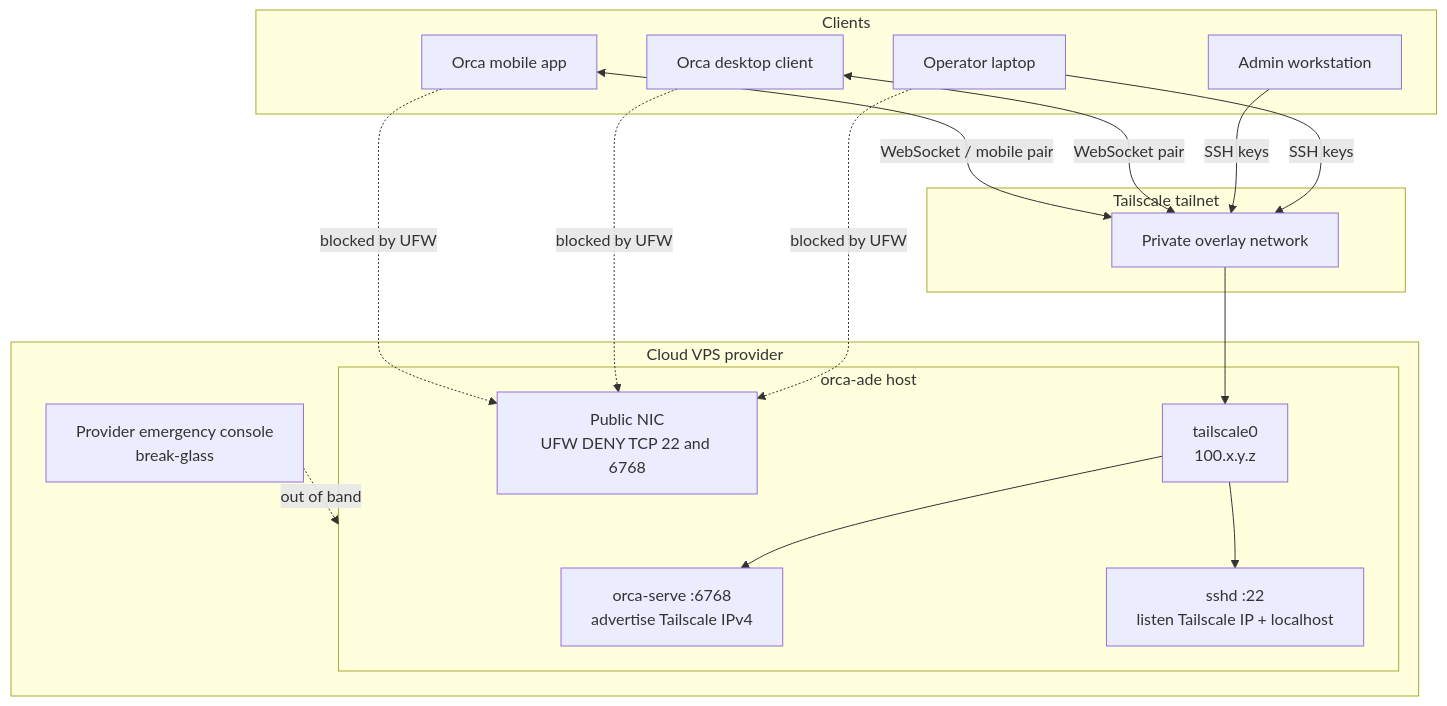
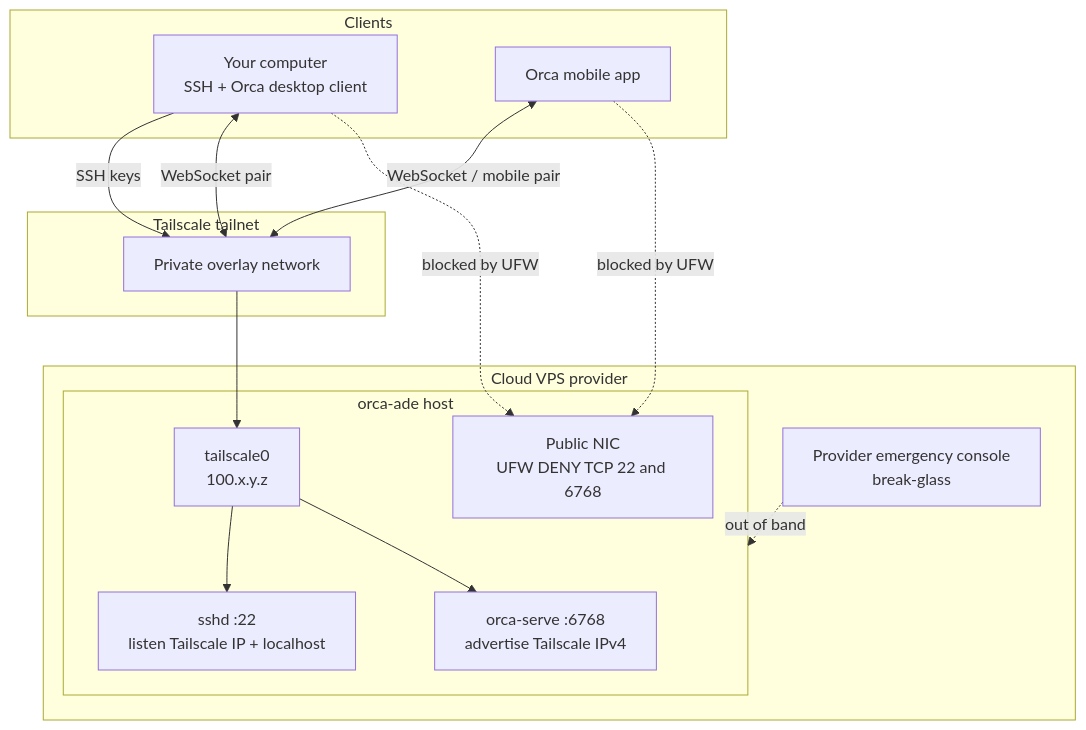
One commit to asakaxgit/orca-ade-stack changed the diagram in docs/architecture.md. Above: the diagram before and after it, drawn with Mermaid. The commit also changed other lines of this file and 1 other file, not shown here.

Commit message:
Simplify architecture clients to one computer node
Operator laptop and admin workstation were the same role for most readers.

````diff
--- a/docs/architecture.md
+++ b/docs/architecture.md
@@ -5,37 +5,33 @@
 ```mermaid
 flowchart TB
   subgraph clients ["Clients"]
-    opLaptop["Operator laptop"]
-    orcaClient["Orca desktop client"]
+    yourComputer["Your computer<br/>SSH + Orca desktop client"]
     mobileApp["Orca mobile app"]
-    adminWs["Admin workstation"]
   end
 
   subgraph ts ["Tailscale tailnet"]
     tsNet["Private overlay network"]
   end
 
   subgraph cloud ["Cloud VPS provider"]
     subgraph host ["orca-ade host"]
       serve["orca-serve :6768<br/>advertise Tailscale IPv4"]
       sshd["sshd :22<br/>listen Tailscale IP + localhost"]
       pubIf["Public NIC<br/>UFW DENY TCP 22 and 6768"]
       tsIf["tailscale0<br/>100.x.y.z"]
     end
     console["Provider emergency console<br/>break-glass"]
   end
 
-  opLaptop -->|"SSH keys"| tsNet
-  adminWs -->|"SSH keys"| tsNet
-  orcaClient <-->|"WebSocket pair"| tsNet
+  yourComputer -->|"SSH keys"| tsNet
+  yourComputer <-->|"WebSocket pair"| tsNet
   mobileApp <-->|"WebSocket / mobile pair"| tsNet
 
   tsNet --> tsIf
   tsIf --> sshd
   tsIf --> serve
 
-  opLaptop -.->|"blocked by UFW"| pubIf
-  orcaClient -.->|"blocked by UFW"| pubIf
+  yourComputer -.->|"blocked by UFW"| pubIf
   mobileApp -.->|"blocked by UFW"| pubIf
   console -.->|"out of band"| host
 ```
````
